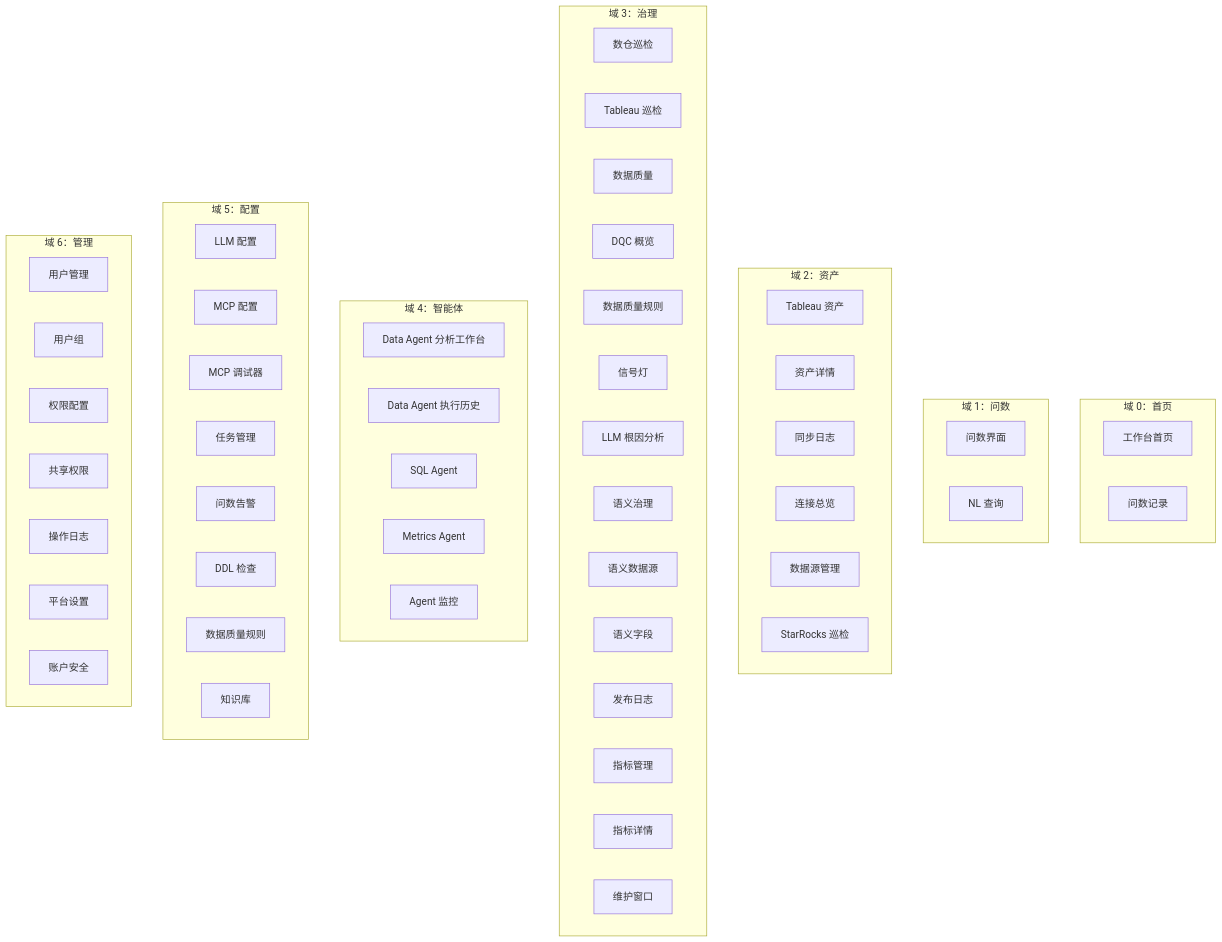
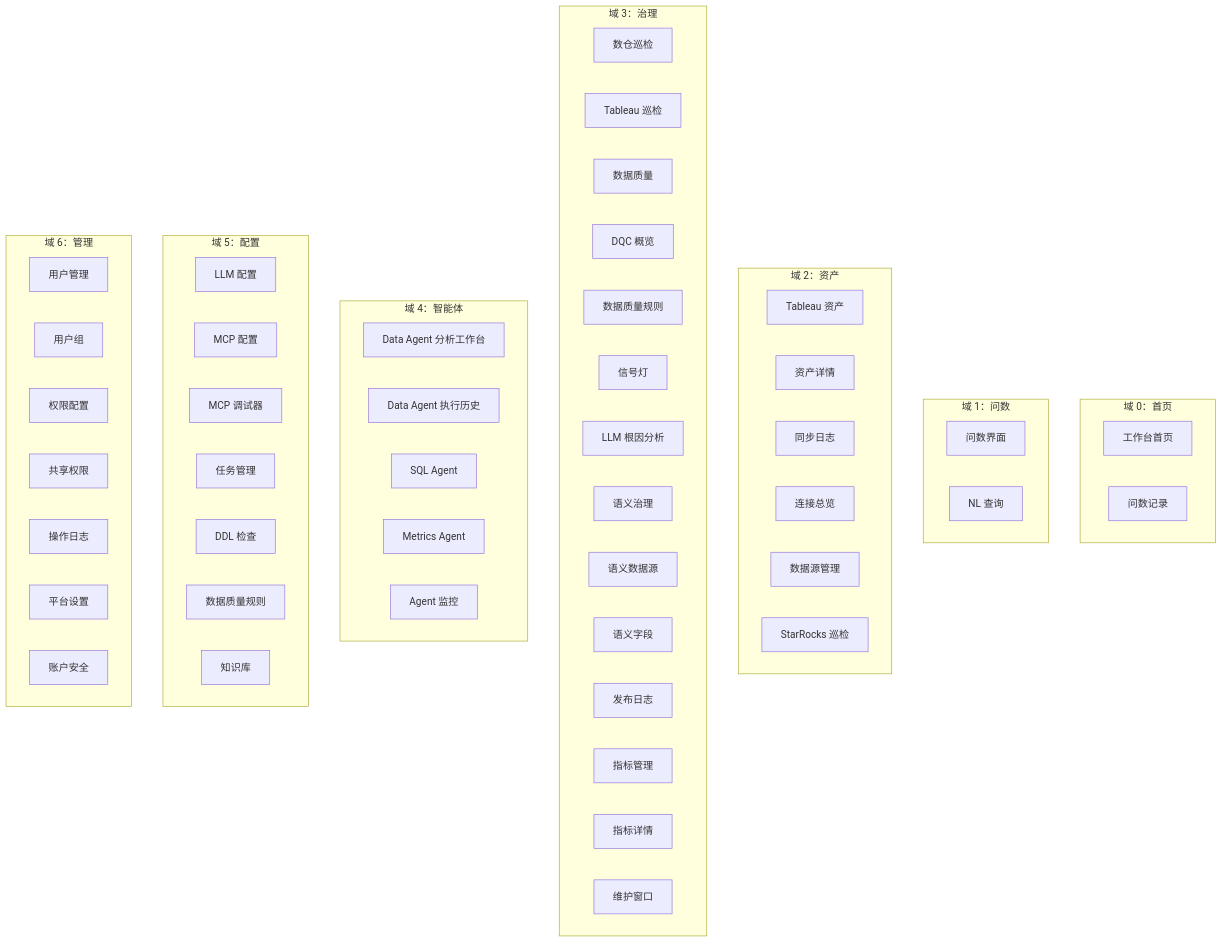
The first of 3 diagrams in docs/specs/18-menu-restructure-spec.md (Forrest219/mulan-bi-platform), drawn with Mermaid before and after one commit. The commit also changed other lines of this file and 99 other files, not shown here.

````diff
--- a/docs/specs/18-menu-restructure-spec.md
+++ b/docs/specs/18-menu-restructure-spec.md
@@ -56,67 +61,66 @@
 ```mermaid
 graph TD
     subgraph 首页["域 0：首页"]
         H1[工作台首页]
         H2[问数记录]
     end
 
     subgraph 问数域["域 1：问数"]
         Q1[问数界面]
         Q2[NL 查询]
     end
 
     subgraph 资产域["域 2：资产"]
         A1[Tableau 资产]
         A2[资产详情]
         A3[同步日志]
         A4[连接总览]
         A5[数据源管理]
         A6[StarRocks 巡检]
     end
 
     subgraph 治理域["域 3：治理"]
         G1[数仓巡检]
         G2[Tableau 巡检]
         G3[数据质量]
         G3a[DQC 概览]
         G3b[数据质量规则]
         G3c[信号灯]
         G3d[LLM 根因分析]
         G4[语义治理]
         G4a[语义数据源]
         G4b[语义字段]
         G4c[发布日志]
         G5[指标管理]
         G5a[指标详情]
         G5b[维护窗口]
     end
 
     subgraph 智能体域["域 4：智能体"]
         B1[Data Agent 分析工作台]
         B2[Data Agent 执行历史]
         B3[SQL Agent]
         B4[Metrics Agent]
         B5[Agent 监控]
     end
 
     subgraph 配置域["域 5：配置"]
         C1[LLM 配置]
         C2[MCP 配置]
         C3[MCP 调试器]
         C4[任务管理]
-        C5[问数告警]
-        C6[DDL 检查]
-        C7[数据质量规则]
-        C8[知识库]
+        C5[DDL 检查]
+        C6[数据质量规则]
+        C7[知识库]
     end
 
     subgraph 管理域["域 6：管理"]
         M1[用户管理]
         M2[用户组]
         M3[权限配置]
         M4[共享权限]
         M5[操作日志]
         M6[平台设置]
         M7[账户安全]
     end
 ```
````
